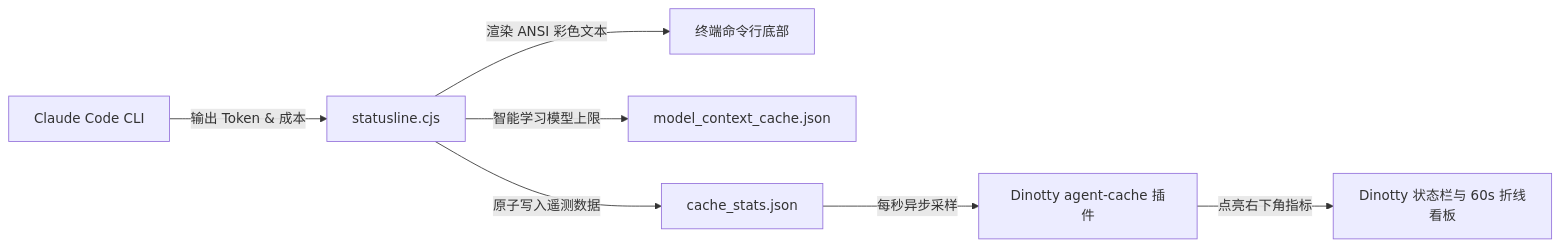
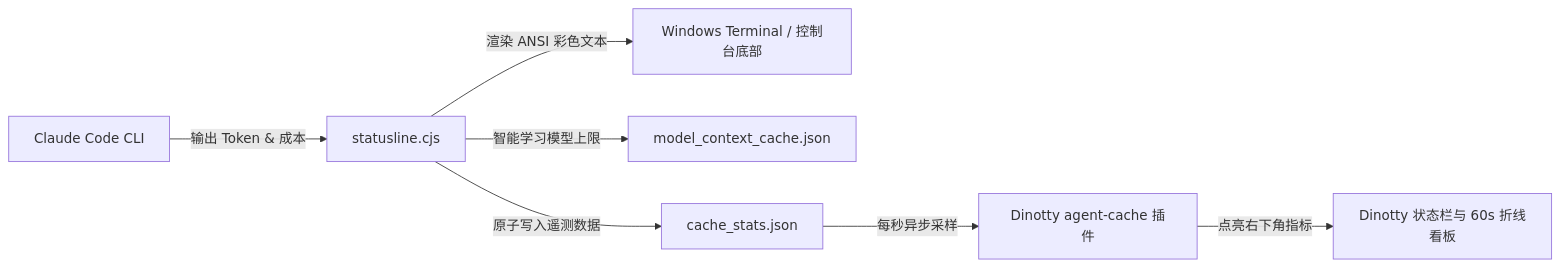
Before and after one commit to tumuyijiao114514/claude-pulse: the diagram in README.md, drawn with Mermaid. The commit also changed other lines of this file and 3 other files, not shown here.

Commit message:
feat(v1.1.0): add Windows Terminal Tokyo Night Acrylic & Shell aesthetics suite

````diff
--- a/README.md
+++ b/README.md
@@ -147,9 +148,9 @@
 ```mermaid
 flowchart LR
     A[Claude Code CLI] -->|输出 Token & 成本| B[statusline.cjs]
-    B -->|渲染 ANSI 彩色文本| C[终端命令行底部]
+    B -->|渲染 ANSI 彩色文本| C[Windows Terminal / 控制台底部]
     B -->|智能学习模型上限| D[model_context_cache.json]
     B -->|原子写入遥测数据| E[cache_stats.json]
     E -->|每秒异步采样| F[Dinotty agent-cache 插件]
     F -->|点亮右下角指标| G[Dinotty 状态栏与 60s 折线看板]
 ```
````
